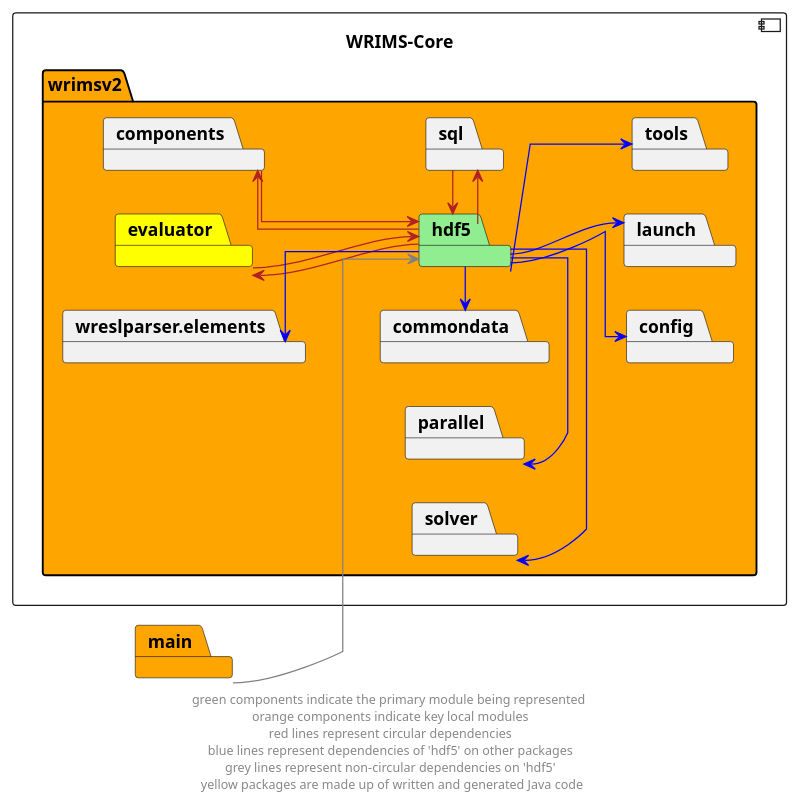
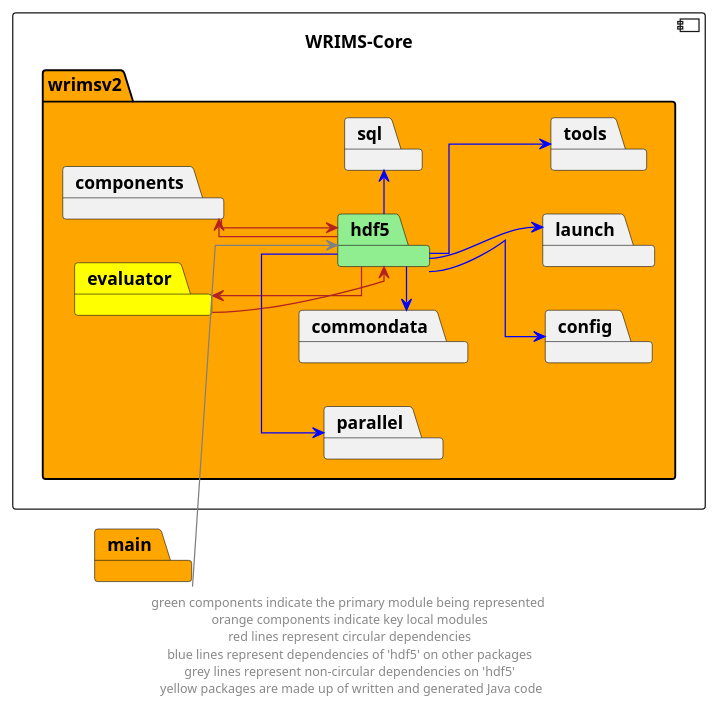
The diagram in docs/diagrams/wrims-core/wrims-core_hdf5.puml (CentralValleyModeling/wrims), drawn with PlantUML before and after one commit. The commit also changed 25 other files, not shown here.

```diff
--- a/docs/diagrams/wrims-core/wrims-core_hdf5.puml
+++ b/docs/diagrams/wrims-core/wrims-core_hdf5.puml
@@ -1,42 +1,37 @@
 @startuml
 left to right direction
 skinparam linetype ortho
 
 component wrims_core as "WRIMS-Core" {
     package wrimsv2 #orange {
         package hdf5 #lightgreen
         package commondata
         package components
         package config
         package evaluator #yellow
         package launch
         package parallel
-        package solver
         package tools
-        package wreslparser.elements
         package sql
     }
 }
 package main #orange
 
 hdf5 -left->  components #firebrick
 components -->  hdf5 #firebrick
 hdf5 -left->  evaluator #firebrick
 evaluator -->  hdf5 #firebrick
-sql -left->  hdf5 #firebrick
-hdf5 -right->  sql #firebrick
 
+hdf5 -right->  sql #blue
 hdf5 -l->  commondata #blue
 hdf5 -->  config #blue
 hdf5 -->  launch #blue
 hdf5 -l->  parallel #blue
-hdf5 -l->  solver #blue
 hdf5 -->  tools #blue
-hdf5 -u->  wreslparser.elements #blue
 main --> hdf5 #grey
 
 ' The following relationships are hidden and used to format the diagram. They do not represent actual dependencies.
 'debug -r[hidden]-> evaluator
 
 footer "green components indicate the primary module being represented \n orange components indicate key local modules \n red lines represent circular dependencies \n blue lines represent dependencies of 'hdf5' on other packages \n grey lines represent non-circular dependencies on 'hdf5' \n yellow packages are made up of written and generated Java code"
 @enduml
```
